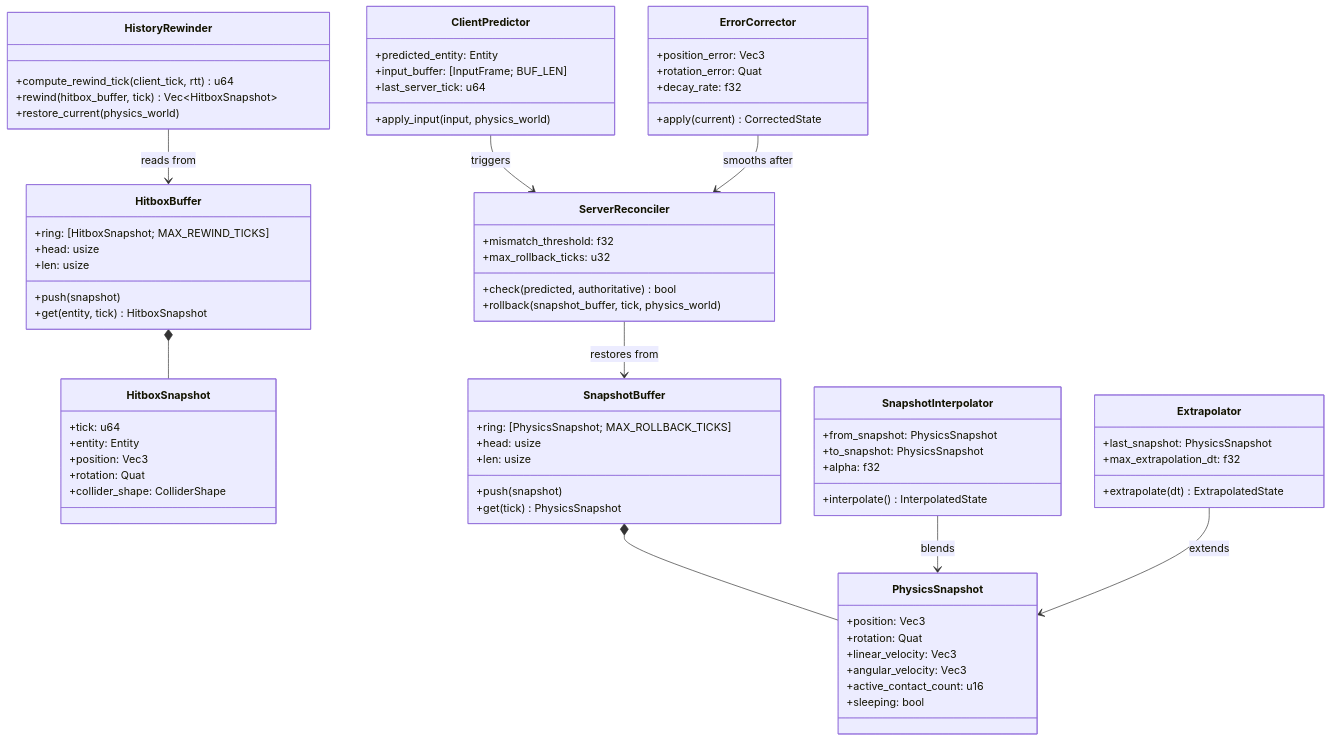
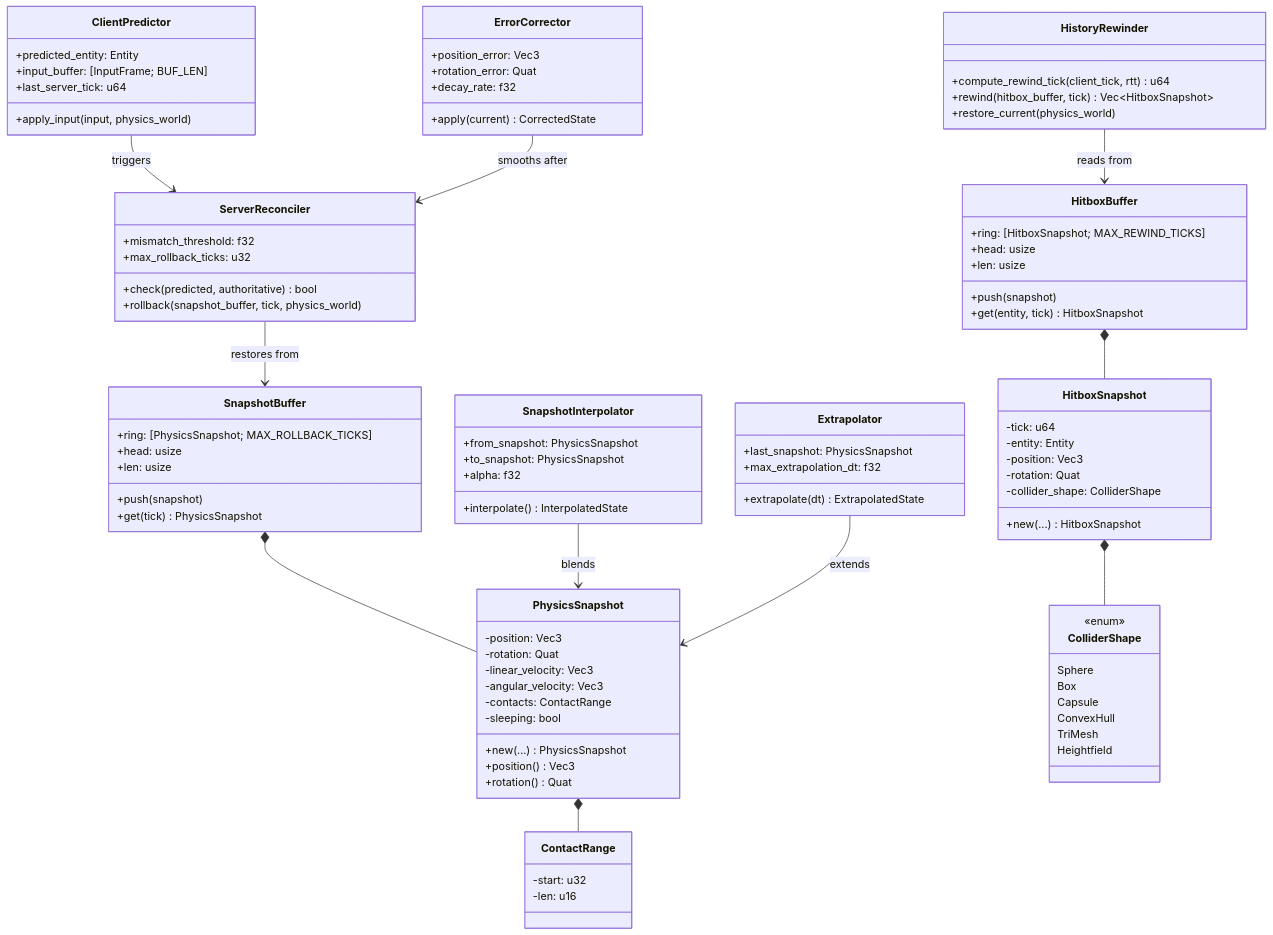
Before and after one commit to harmonius-dev/harmonius: the first of 3 diagrams in docs/design/integration/networking-physics.md, drawn with Mermaid. The commit also changed other lines of this file and 109 other files, not shown here.

````diff
--- a/docs/design/integration/networking-physics.md
+++ b/docs/design/integration/networking-physics.md
@@ -66,19 +84,36 @@
 ```mermaid
 classDiagram
     class PhysicsSnapshot {
-        +position: Vec3
-        +rotation: Quat
-        +linear_velocity: Vec3
-        +angular_velocity: Vec3
-        +active_contact_count: u16
-        +sleeping: bool
+        -position: Vec3
+        -rotation: Quat
+        -linear_velocity: Vec3
+        -angular_velocity: Vec3
+        -contacts: ContactRange
+        -sleeping: bool
+        +new(...) PhysicsSnapshot
+        +position() Vec3
+        +rotation() Quat
+    }
+    class ContactRange {
+        -start: u32
+        -len: u16
+    }
+    class ColliderShape {
+        <<enum>>
+        Sphere
+        Box
+        Capsule
+        ConvexHull
+        TriMesh
+        Heightfield
     }
     class HitboxSnapshot {
-        +tick: u64
-        +entity: Entity
-        +position: Vec3
-        +rotation: Quat
-        +collider_shape: ColliderShape
+        -tick: u64
+        -entity: Entity
+        -position: Vec3
+        -rotation: Quat
+        -collider_shape: ColliderShape
+        +new(...) HitboxSnapshot
     }
     class SnapshotBuffer {
         +ring: [PhysicsSnapshot; MAX_ROLLBACK_TICKS]
@@ -129,6 +164,8 @@
         +apply(current) CorrectedState
     }
 
+    PhysicsSnapshot *-- ContactRange
+    HitboxSnapshot *-- ColliderShape
     SnapshotBuffer *-- PhysicsSnapshot
     HitboxBuffer *-- HitboxSnapshot
     ServerReconciler --> SnapshotBuffer : restores from
````
